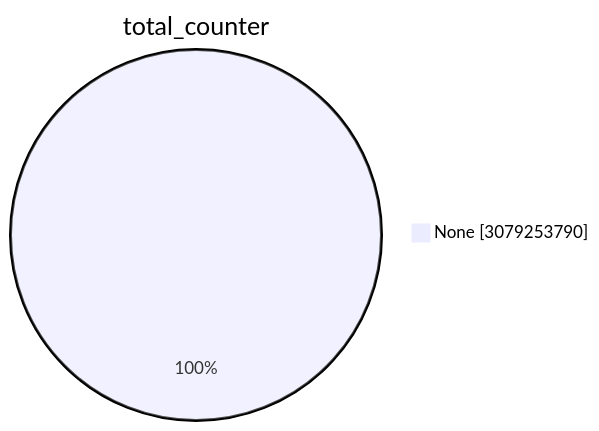
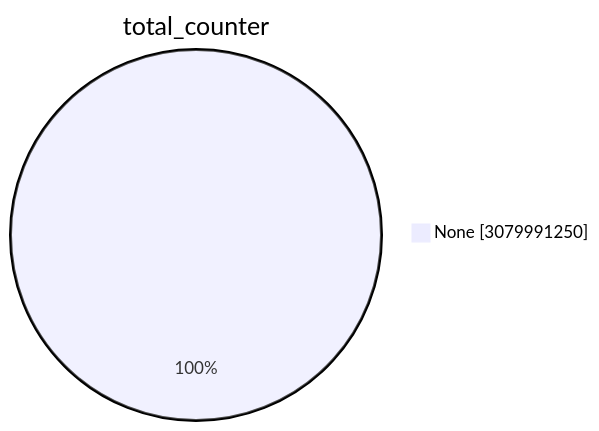
The first of 15 diagrams in TOTAL/README.md (christiankrug/ctmonitor_visualization), drawn with Mermaid before and after one commit. The commit also changed other lines of this file, not shown here.

````diff
--- a/TOTAL/README.md
+++ b/TOTAL/README.md
@@ -1,5 +1,5 @@
 ```mermaid
 pie showData
 title total_counter
-"None" :3079253790
+"None" :3079991250
 ```
````
